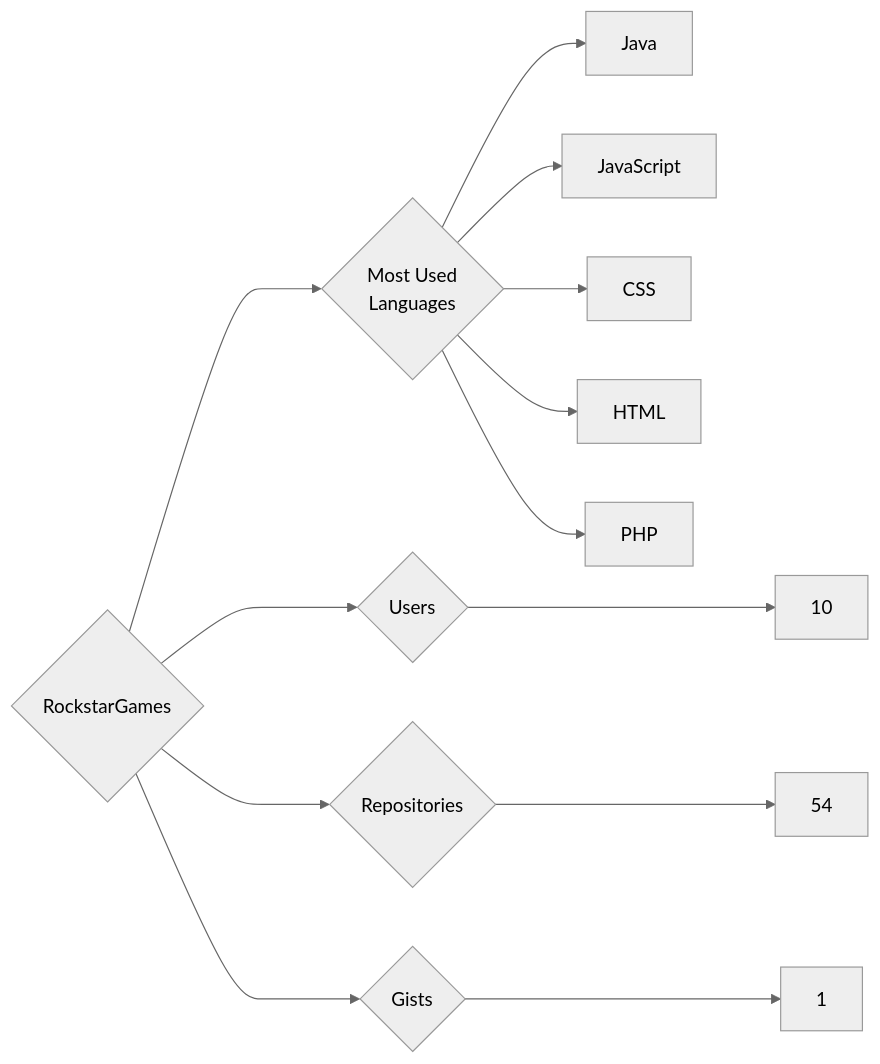
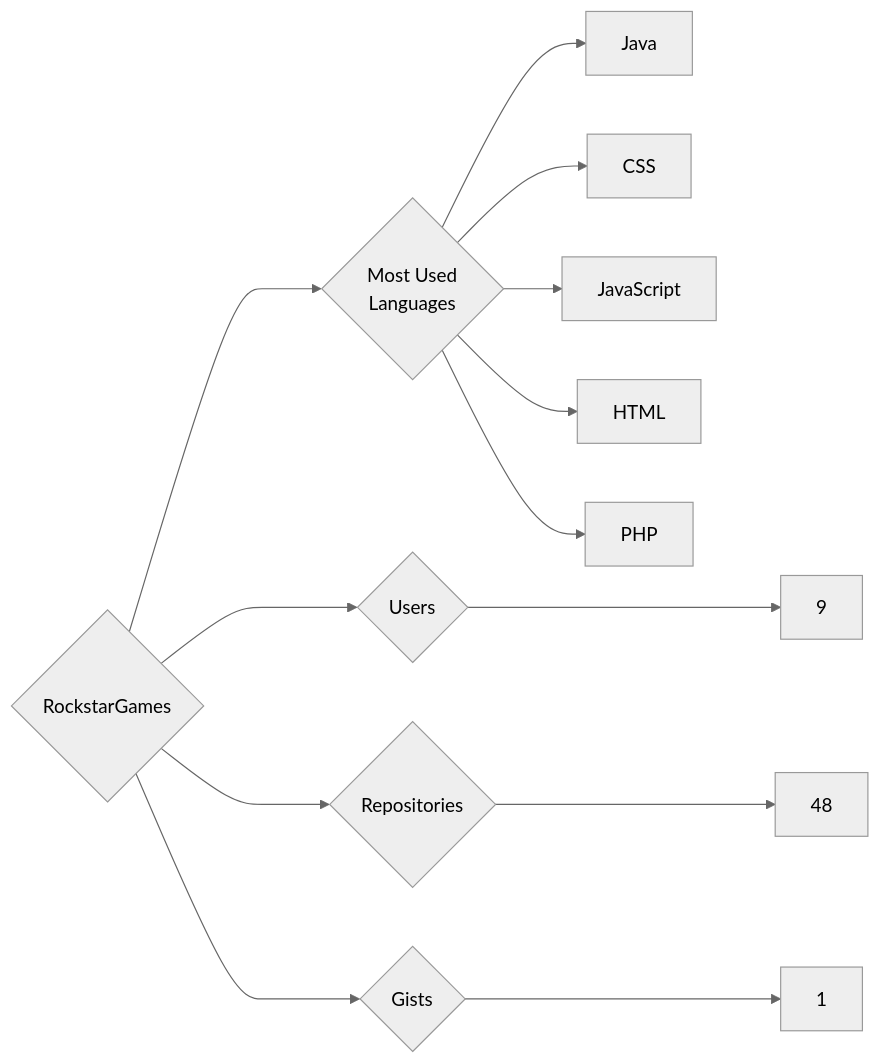
One commit to trickest/insiders changed the diagram in targets/RockstarGames/README.md. Above: the diagram before and after it, drawn with Mermaid (neutral theme). The commit also changed 1389 other files, not shown here.

````diff
--- a/targets/RockstarGames/README.md
+++ b/targets/RockstarGames/README.md
@@ -3,13 +3,13 @@
 ```mermaid
 graph LR
 COMPANY_NAME{RockstarGames}
-COMPANY_NAME ---> U{Users} ---> UN[10]
-COMPANY_NAME ---> R{Repositories} ---> RN[54]
+COMPANY_NAME ---> U{Users} ---> UN[9]
+COMPANY_NAME ---> R{Repositories} ---> RN[48]
 COMPANY_NAME ---> G{Gists} ---> GN[1]
 COMPANY_NAME ---> ML{Most Used<br>Languages}
 ML --> Java[Java]
+ML --> CSS[CSS]
 ML --> JavaScript[JavaScript]
-ML --> CSS[CSS]
 ML --> HTML[HTML]
 ML --> PHP[PHP]
 ```
````
